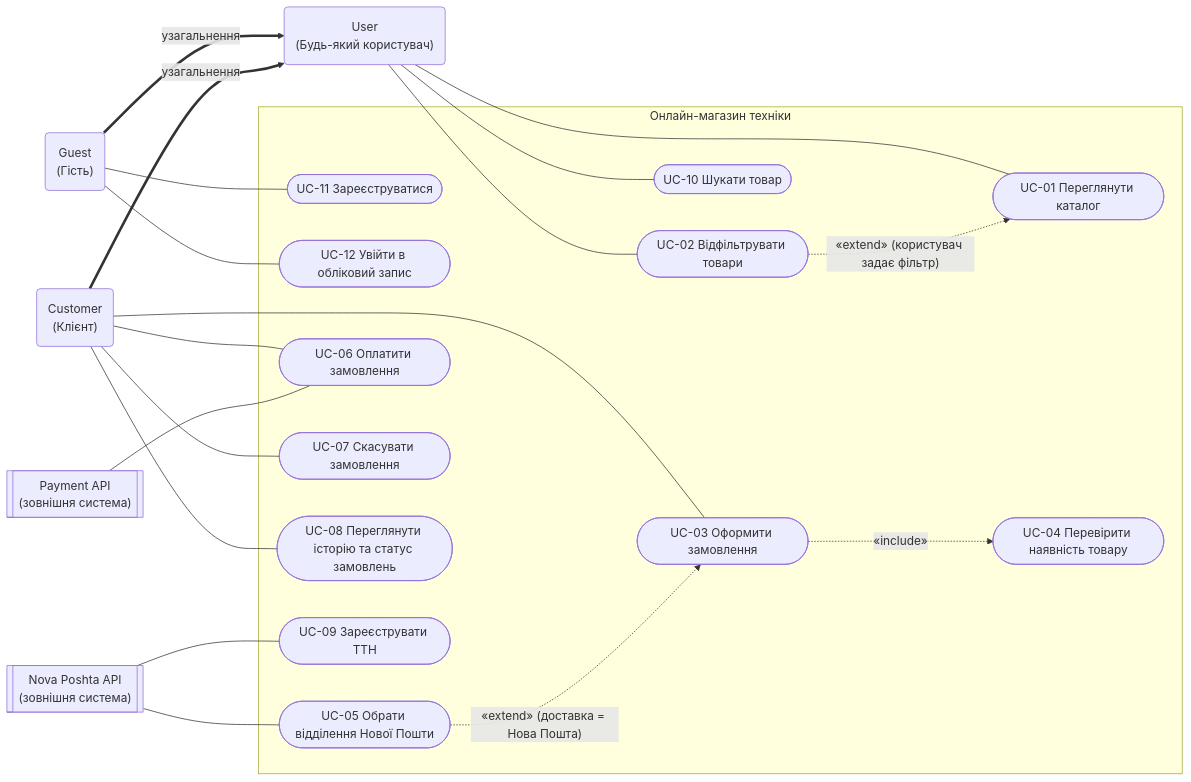
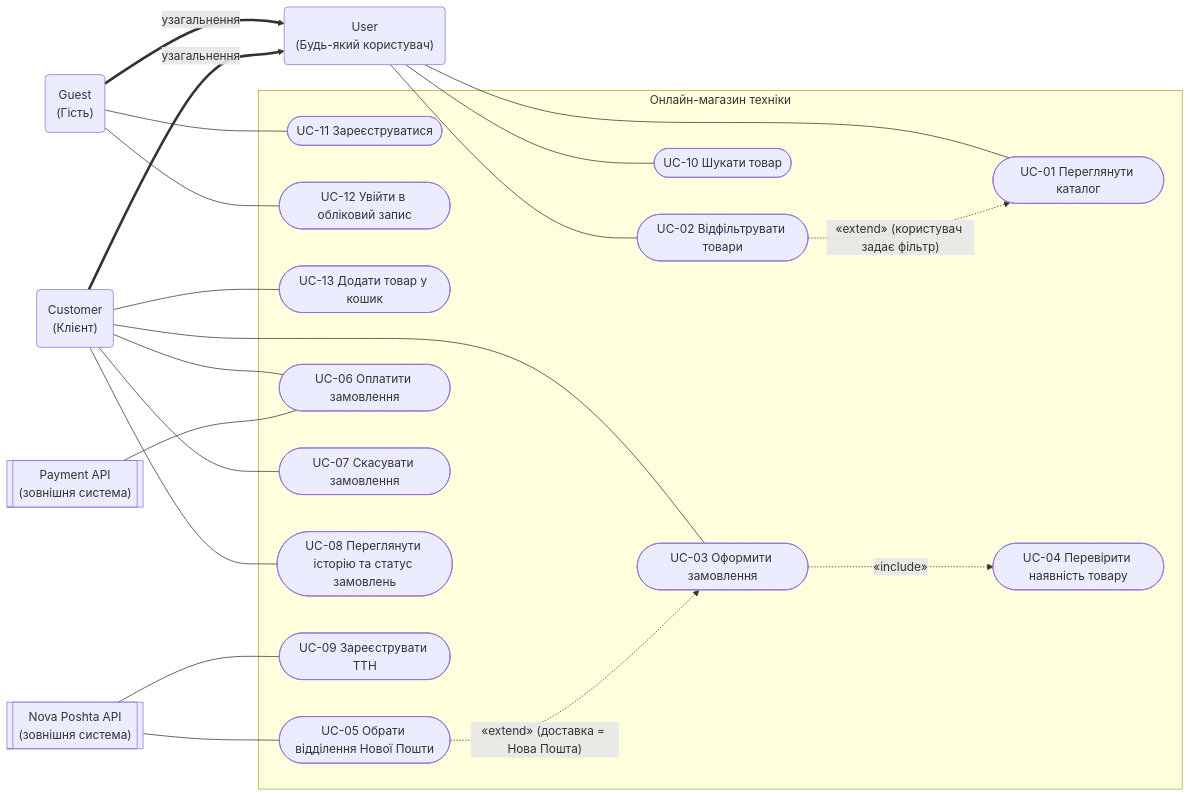
Before and after one commit to AlegZabivnoy/Software-engineering-components-2-: the diagram in use-case.mmd, drawn with Mermaid. The commit also changed 3 other files, not shown here.

```diff
--- a/use-case.mmd
+++ b/use-case.mmd
@@ -1,41 +1,43 @@
 flowchart LR
     User("User<br/>(Будь-який користувач)")
     Guest("Guest<br/>(Гість)")
     Customer("Customer<br/>(Клієнт)")
     Pay[["Payment API<br/>(зовнішня система)"]]
     NP[["Nova Poshta API<br/>(зовнішня система)"]]
 
     subgraph System["Онлайн-магазин техніки"]
         UC01(["UC-01 Переглянути каталог"])
         UC02(["UC-02 Відфільтрувати товари"])
         UC10(["UC-10 Шукати товар"])
         UC11(["UC-11 Зареєструватися"])
         UC12(["UC-12 Увійти в обліковий запис"])
+        UC13(["UC-13 Додати товар у кошик"])
         UC03(["UC-03 Оформити замовлення"])
         UC04(["UC-04 Перевірити наявність товару"])
         UC05(["UC-05 Обрати відділення Нової Пошти"])
         UC06(["UC-06 Оплатити замовлення"])
         UC07(["UC-07 Скасувати замовлення"])
         UC08(["UC-08 Переглянути історію та статус замовлень"])
         UC09(["UC-09 Зареєструвати ТТН"])
     end
 
     Guest ==>|"узагальнення"| User
     Customer ==>|"узагальнення"| User
 
     User --- UC01
     User --- UC02
     User --- UC10
     Guest --- UC11
     Guest --- UC12
     Customer --- UC03
     Customer --- UC06
     Customer --- UC07
     Customer --- UC08
+    Customer --- UC13
     Pay --- UC06
     NP --- UC05
     NP --- UC09
 
     UC03 -. "«include»" .-> UC04
     UC05 -. "«extend» (доставка = Нова Пошта)" .-> UC03
     UC02 -. "«extend» (користувач задає фільтр)" .-> UC01
```
